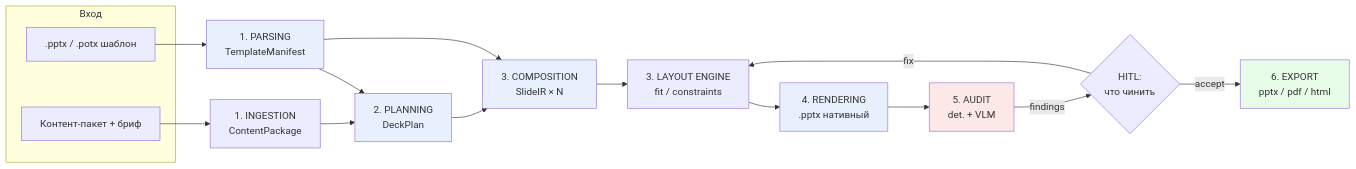
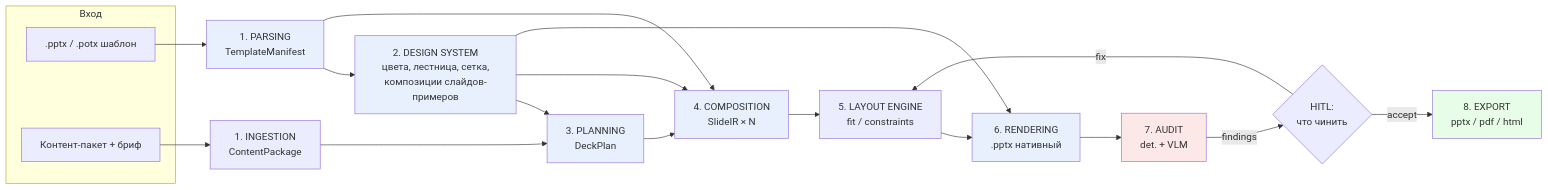
Before and after one commit to sMichellin/DeckForge: the diagram in ARCHITECTURE.md, drawn with Mermaid. The commit also changed other lines of this file and 1 other file, not shown here.

First line of the commit message:
docs: README и ARCHITECTURE по текущему коду

````diff
--- a/ARCHITECTURE.md
+++ b/ARCHITECTURE.md
@@ -118,28 +134,32 @@
 ```mermaid
 flowchart LR
     subgraph IN[Вход]
         T[.pptx / .potx шаблон]
         C[Контент-пакет + бриф]
     end
 
     T --> P[1. PARSING<br/>TemplateManifest]
     C --> I[1. INGESTION<br/>ContentPackage]
 
-    P --> G[2. PLANNING<br/>DeckPlan]
+    P --> D[2. DESIGN SYSTEM<br/>цвета, лестница, сетка,<br/>композиции слайдов-примеров]
+    D --> G[3. PLANNING<br/>DeckPlan]
     I --> G
-    G --> S[3. COMPOSITION<br/>SlideIR × N]
+    G --> S[4. COMPOSITION<br/>SlideIR × N]
     P --> S
-    S --> L[3. LAYOUT ENGINE<br/>fit / constraints]
-    L --> R[4. RENDERING<br/>.pptx нативный]
-    R --> A[5. AUDIT<br/>det. + VLM]
+    D --> S
+    S --> L[5. LAYOUT ENGINE<br/>fit / constraints]
+    L --> R[6. RENDERING<br/>.pptx нативный]
+    D --> R
+    R --> A[7. AUDIT<br/>det. + VLM]
     A -->|findings| H{HITL:<br/>что чинить}
     H -->|fix| L
-    H -->|accept| E[6. EXPORT<br/>pptx / pdf / html]
+    H -->|accept| E[8. EXPORT<br/>pptx / pdf / html]
 
     style P fill:#e8f0fe
+    style D fill:#e8f0fe
     style G fill:#e8f0fe
     style S fill:#e8f0fe
     style R fill:#e8f0fe
     style A fill:#fde8e8
     style E fill:#e8fde8
 ```
````
